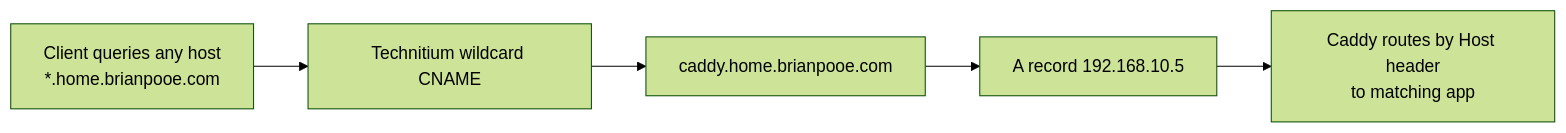
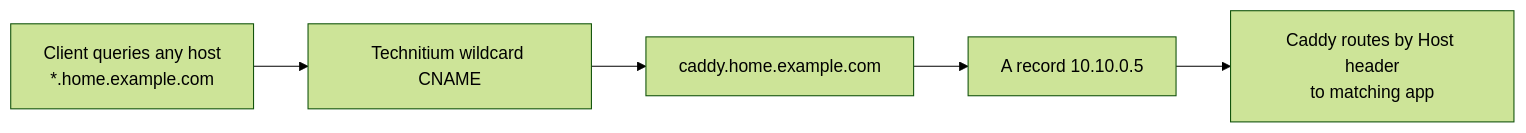
The diagram in dns/technitium-cutover-checklist.md (brianpooe/synology-docker-services), drawn with Mermaid (forest theme) before and after one commit. The commit also changed other lines of this file and 7 other files, not shown here.

````diff
--- a/dns/technitium-cutover-checklist.md
+++ b/dns/technitium-cutover-checklist.md
@@ -143,7 +143,7 @@
 ```mermaid
 flowchart LR
-    A["Client queries any host\n*.home.brianpooe.com"] --> B["Technitium wildcard CNAME"]
-    B --> C["caddy.home.brianpooe.com"]
-    C --> D["A record 192.168.10.5"]
+    A["Client queries any host\n*.home.example.com"] --> B["Technitium wildcard CNAME"]
+    B --> C["caddy.home.example.com"]
+    C --> D["A record 10.10.0.5"]
     D --> E["Caddy routes by Host header\nto matching app"]
 ```
````
